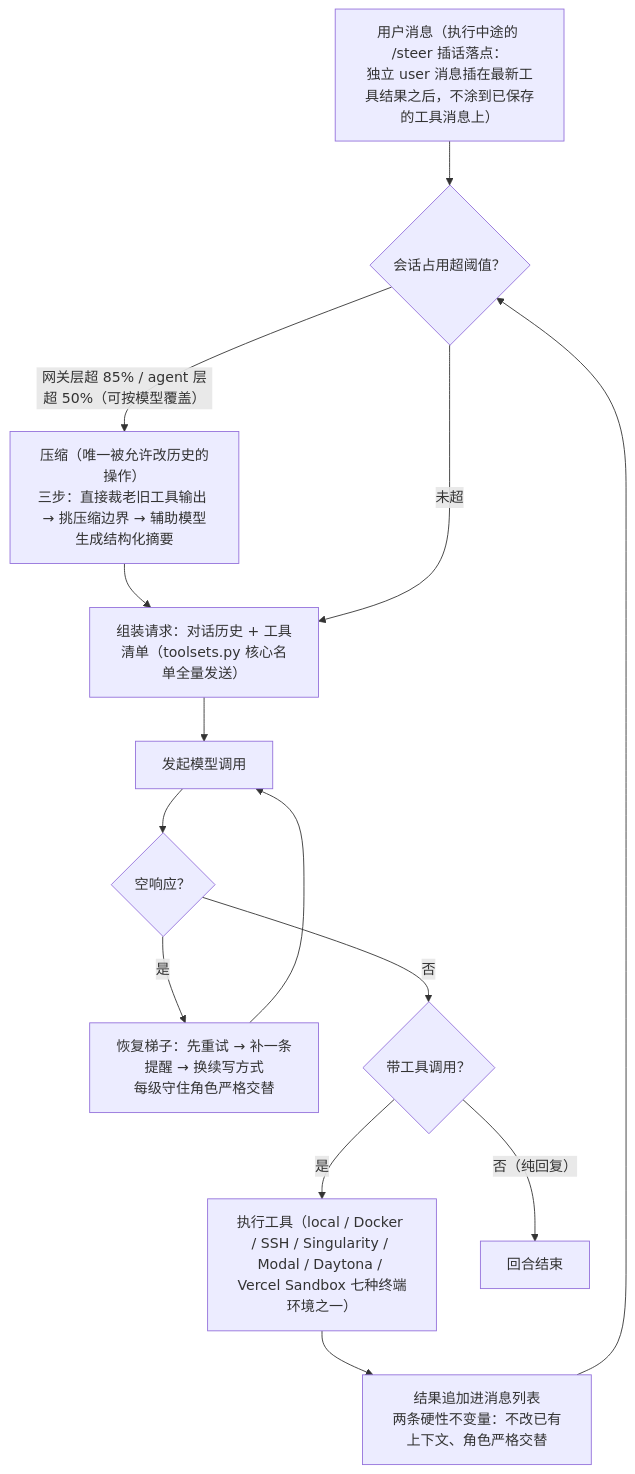
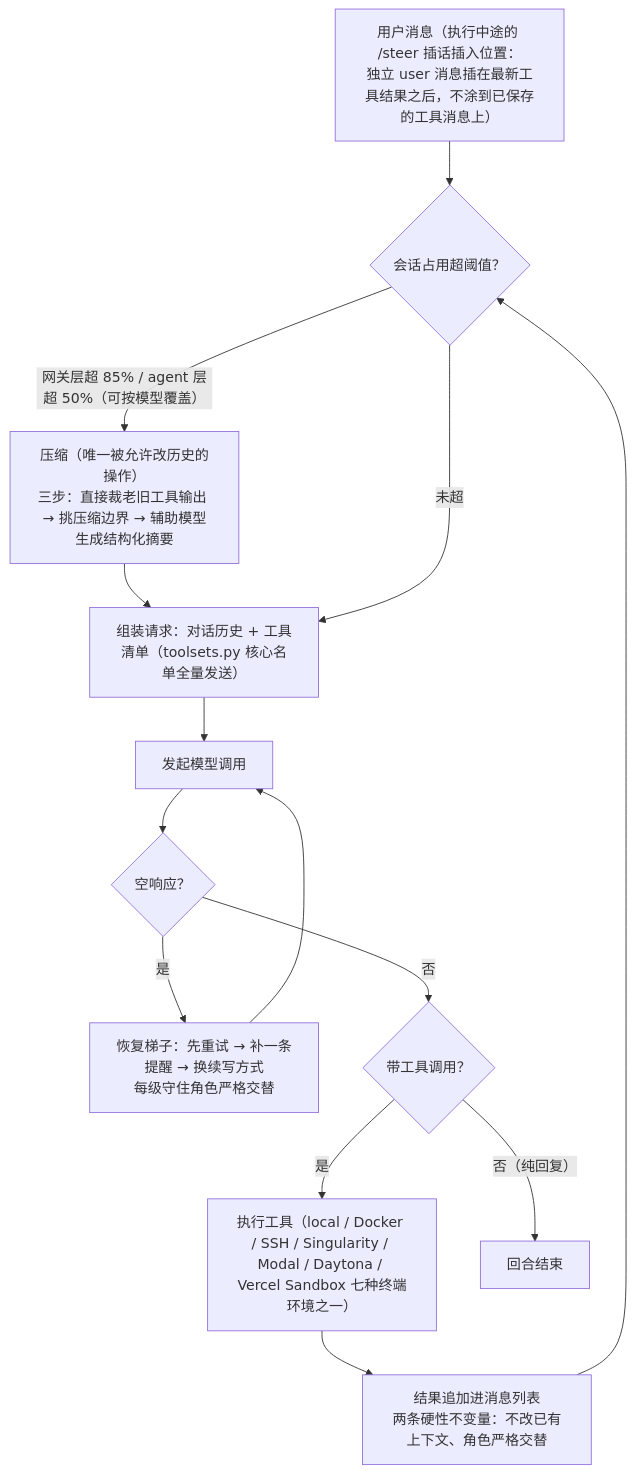
The third of 8 diagrams in notes/hermes-agent.md (zachysun/awesome-agents-notes), drawn with Mermaid before and after one commit. The commit also changed other lines of this file and 7 other files, not shown here.

````diff
--- a/notes/hermes-agent.md
+++ b/notes/hermes-agent.md
@@ -196,16 +196,16 @@
 ```mermaid
 flowchart TD
-    IN["用户消息（执行中途的 /steer 插话落点：<br/>独立 user 消息插在最新工具结果之后，不涂到已保存的工具消息上）"] --> CTX{"会话占用超阈值？"}
+    IN["用户消息（执行中途的 /steer 插话插入位置：<br/>独立 user 消息插在最新工具结果之后，不涂到已保存的工具消息上）"] --> CTX{"会话占用超阈值？"}
     CTX -->|"网关层超 85% / agent 层超 50%（可按模型覆盖）"| COMP["压缩（唯一被允许改历史的操作）<br/>三步：直接裁老旧工具输出 → 挑压缩边界 → 辅助模型生成结构化摘要"]
     COMP --> ASM
     CTX -->|"未超"| ASM["组装请求：对话历史 + 工具清单（toolsets.py 核心名单全量发送）"]
     ASM --> LLM["发起模型调用"]
     LLM --> EMPTY{"空响应？"}
     EMPTY -->|"是"| LADDER["恢复梯子：先重试 → 补一条提醒 → 换续写方式<br/>每级守住角色严格交替"]
     LADDER --> LLM
     EMPTY -->|"否"| TOOL{"带工具调用？"}
     TOOL -->|"是"| RUN["执行工具（local / Docker / SSH / Singularity / Modal / Daytona / Vercel Sandbox 七种终端环境之一）"]
     RUN --> APP["结果追加进消息列表<br/>两条硬性不变量：不改已有上下文、角色严格交替"]
     APP --> CTX
     TOOL -->|"否（纯回复）"| FIN["回合结束"]
 ```
````
